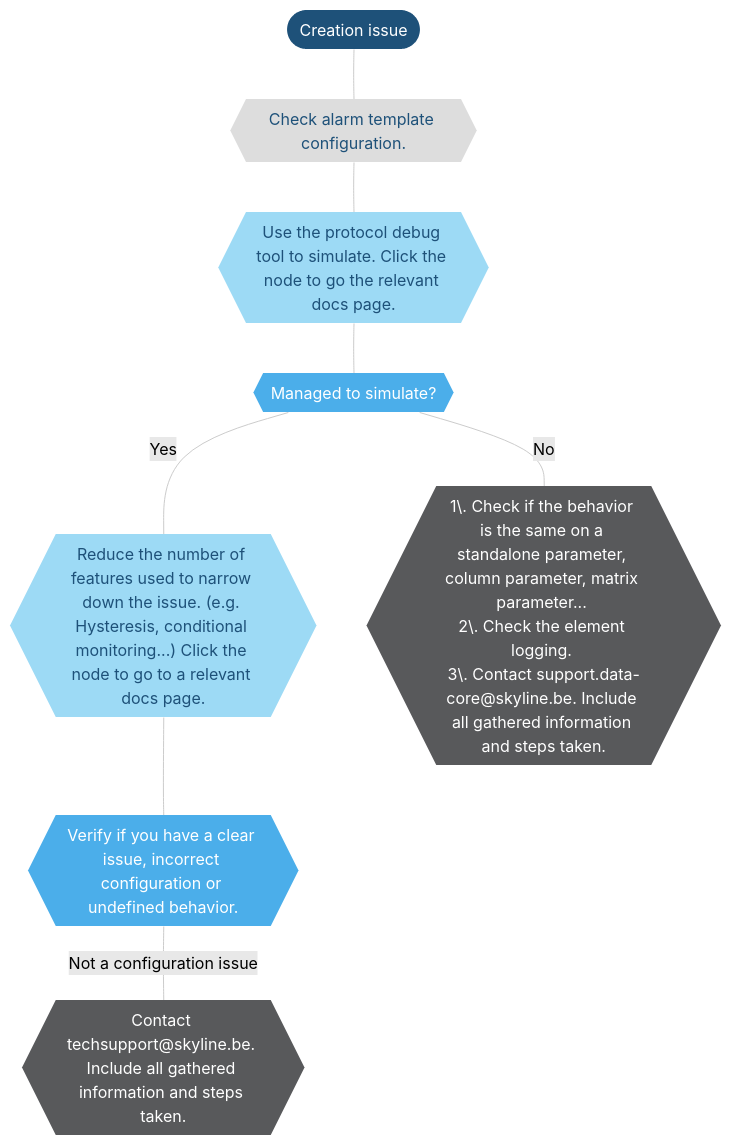
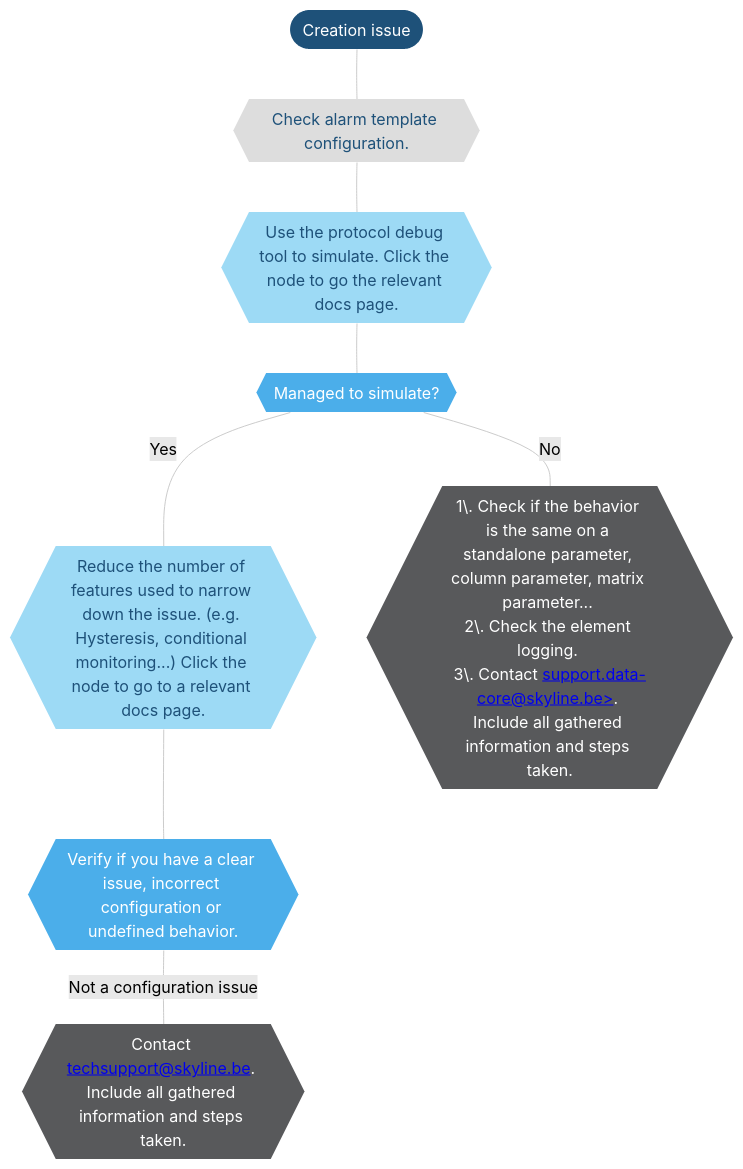
Before and after one commit to SkylineCommunications/dataminer-docs: the third of 3 diagrams in user-guide/Troubleshooting/Troubleshooting_Flowcharts/Troubleshooting_Alarms.md, drawn with Mermaid (forest theme). The commit also changed other lines of this file and 13 other files, not shown here.

````diff
--- a/user-guide/Troubleshooting/Troubleshooting_Flowcharts/Troubleshooting_Alarms.md
+++ b/user-guide/Troubleshooting/Troubleshooting_Flowcharts/Troubleshooting_Alarms.md
@@ -99,39 +99,39 @@
 ```mermaid
 flowchart TD
 %% Define styles %%
 linkStyle default stroke:#cccccc
 classDef classTerminal fill:#1e5179,stroke:#1e5179,color:#ffffff,stroke-width:0px;
 classDef classDecision fill:#4baeea,stroke:#4baeea,color:#ffffff,stroke-width:0px;
 classDef classExternalRef fill:#9ddaf5,stroke:#9ddaf5,color:#1E5179,stroke-width:0px;
 classDef classActionClickable fill:#999999,stroke:#999999,color:#ffffff,stroke-width:0px;
 classDef classAction fill:#dddddd,stroke:#dddddd,color:#1E5179,stroke-width:0px;
 classDef classSolution fill:#58595b,stroke:#58595b,color:#ffffff,stroke-width:0px;
 %% Define blocks %%
 CreationIssue([Creation issue])
 AlarmTemplate{{"Check alarm template configuration."}}
 ProtocolDebug{{"Use the protocol debug tool to simulate. Click the node to go the relevant docs page."}}
 CanSimulate{{"Managed to simulate?"}}
 ReduceFeatures{{"Reduce the number of features used to narrow down the issue. (e.g. Hysteresis, conditional monitoring...) Click the node to go to a relevant docs page."}}
 VerifyConfiguration{{"Verify if you have a clear issue, incorrect configuration or undefined behavior."}}
-NotFixedCOPS{{"Contact techsupport@skyline.be. Include all gathered information and steps taken."}}
-ExtraInfoNotFixed{{"1\. Check if the behavior is the same on a standalone parameter, column parameter, matrix parameter... <br>2\. Check the element logging. <br>3\. Contact support.data-core@skyline.be. Include all gathered information and steps taken."}}
+NotFixedCOPS{{"Contact <a href="mailto:techsupport@skyline.be">techsupport@skyline.be</a>. Include all gathered information and steps taken."}}
+ExtraInfoNotFixed{{"1\. Check if the behavior is the same on a standalone parameter, column parameter, matrix parameter... <br>2\. Check the element logging. <br>3\. Contact <a href="mailto:support.data-core@skyline.be">support.data-core@skyline.be></a>. Include all gathered information and steps taken."}}
 %% Connect blocks %%
 CreationIssue --- AlarmTemplate
 AlarmTemplate --- ProtocolDebug
 ProtocolDebug --- CanSimulate
 CanSimulate --- |Yes|ReduceFeatures
 ReduceFeatures --- VerifyConfiguration
 VerifyConfiguration --- |Not a configuration issue|NotFixedCOPS
 CanSimulate --- |No|ExtraInfoNotFixed
 %% Define hyperlinks %%
 click ProtocolDebug "/user-guide/Reference/DataMiner_Tools/
 Protocol_Debug_Tools.html"
 click ReduceFeatures "/user-guide/Basic_Functionality/Protocols_and_templates/Alarm_templates/Configuring_alarm_templates/About_the_alarm_template_editor.html"
 %% Apply styles to blocks %%
 class CreationIssue classTerminal;
 class AlarmConsole,Surveyor,Apps,Trending,ProtocolDebug,ReduceFeatures classExternalRef;
 %%class classActionClickable;
 class AlarmTemplate classAction;
 class DataPresent,CanSimulate,VerifyConfiguration classDecision;
 class ExtraInfoNotFixed,NotFixedCOPS classSolution;
 ```
````
